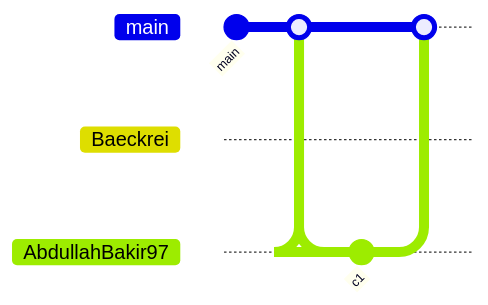
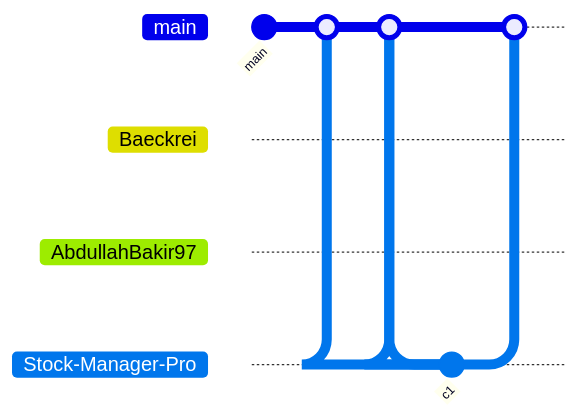
The diagram in README.md (AbdullahBakir97/AbdullahBakir97), drawn with Mermaid before and after one commit. The commit also changed other lines of this file and 6 other files, not shown here.

````diff
--- a/README.md
+++ b/README.md
@@ -336,14 +336,19 @@
 ```mermaid
 gitGraph
    commit id: "main"
    branch Baeckrei
    checkout Baeckrei
    commit id: "c1"
    checkout main
    merge Baeckrei
    branch AbdullahBakir97
    checkout AbdullahBakir97
    commit id: "c1"
    checkout main
    merge AbdullahBakir97
+   branch Stock-Manager-Pro
+   checkout Stock-Manager-Pro
+   commit id: "c1"
+   checkout main
+   merge Stock-Manager-Pro
 ```
````
